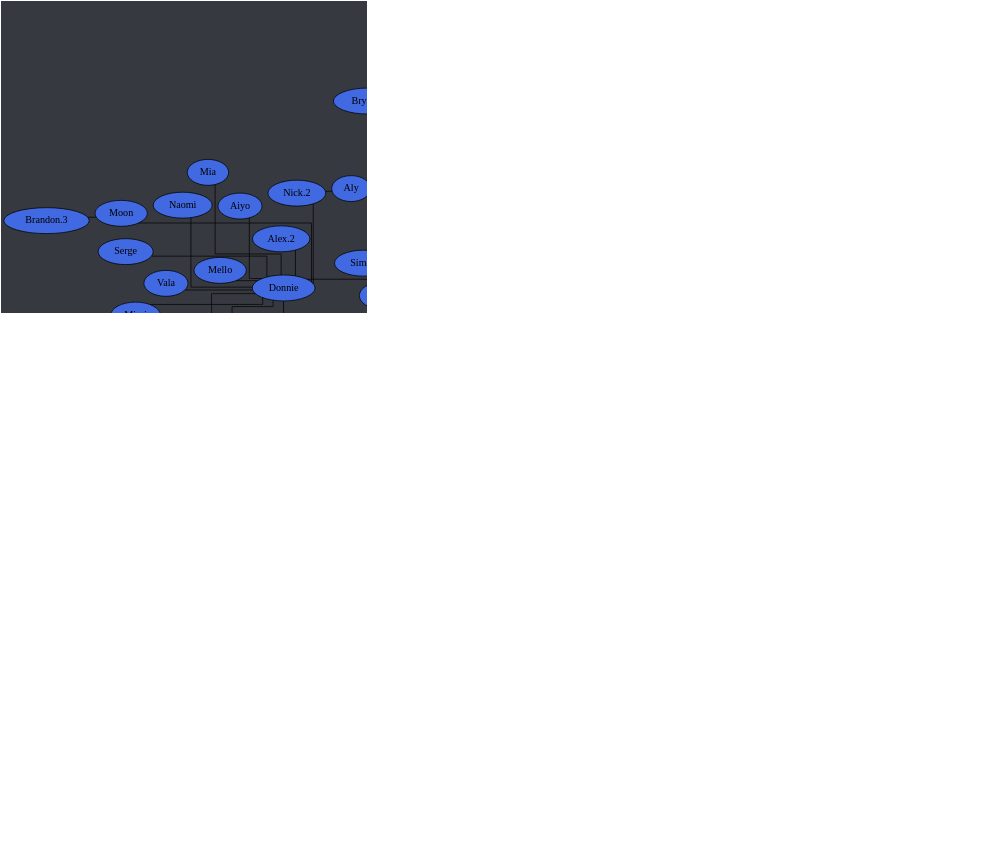
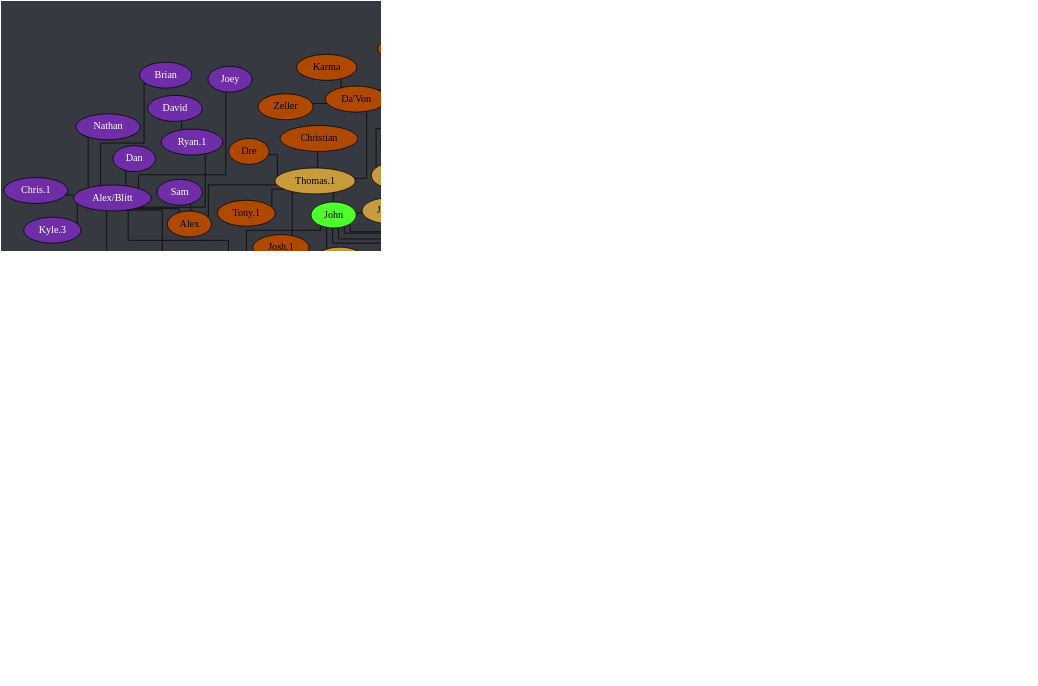
Before and after one commit to Documidas/CoronaCatzFamilyTree: the diagram in tree.dot, drawn with Graphviz. The commit also changed 1 other file, not shown here.

Commit message:
Add Saphir

```diff
--- a/tree.dot
+++ b/tree.dot
@@ -1,190 +1,191 @@
 strict graph {
 	// Layout Configuration
 	layout = neato;
 	dpi = 200;
 	epsilon = 0.01;
 	mode = major;
 	model = subset;
 	overlap = false;
 	splines = ortho;
 	start = rand;
 
 	// Visual Configuration
 	graph [ truecolor=true bgcolor="#36393f" ];
 	node [ style=filled fillcolor="gray" fontcolor="black" ];
 
 	subgraph "Joel" {
 		node [ style=filled fillcolor="firebrick4" fontcolor="white" ];
 		Joel [ style=filled fillcolor="gold" fontcolor="black" ];
 
 		Cayla -- Ali;
 		Cayla -- Jake;
 		Cayla -- Jonathan;
 		Cayla -- "Nick.1";
 		Cayla -- Ranger;
 		Cayla -- Ross;
 		Joel -- Anders;
 		Joel -- Austin;
 		Joel -- Cayla;
 		Joel -- Jared;
 		Joel -- Patrick;
 		Joel -- Steven;
 		Joel -- Zachry;
 		Zachry -- Syd;
 	}
 
 	subgraph "Anders" {
 		node [ style=filled fillcolor="green4" fontcolor="white" ];
 		// Anders [ style=filled fillcolor="green4" fontcolor="white" ];
 
 		Anders -- Chiara;
 		Anders -- "Cody.1";
 		Anders -- Cole;
 		Anders -- Daniel;
 		Anders -- Derek;
 		Anders -- DJ;
 		Anders -- Jen;
 		Anders -- "Matt.2";
 		Anders -- Solis;
 		Anders -- Wyatt;
 		Anders -- Viwat;
 		Anders -- "Zach.0";
 		Anders -- Zack;
 	}
 
 	subgraph "Jared" {
 		node [ style=filled fillcolor="royalblue" fontcolor="black" ];
 		// Jared [ style=filled fillcolor="royalblue" fontcolor="black" ];
 
 		Aly -- "Nick.2";
 		America -- "Kat.2";
 		Brandi -- Justine;
 		"Bryan.1" -- "Brandon.2";
 		"Bryan.1" -- "Cody.2";
 		"Bryan.1" -- Lori;
 		"Bryan.1" -- "Matt.3";
 		"Bryan.1" -- Nebtune;
 		Donnie -- Aiyo;
 		Donnie -- "Alex.2";
 		Donnie -- Aresty;
 		Donnie -- "Bryan.1";
 		Donnie -- Hua;
 		Donnie -- Mello;
 		Donnie -- Mia;
 		Donnie -- Mimi;
 		Donnie -- Moon;
 		Donnie -- "Nick.2";
 		Donnie -- Naomi;
 		Donnie -- Serge;
+		Donnie -- Saphir;
 		Donnie -- Vala;
 		Gaby -- "Chris.2";
 		Lori -- "Brandon.1";
 		Jared -- Alexander;
 		Jared -- Ben;
 		Jared -- Brandi;
 		Jared -- "Carter-1.0";
 		Jared -- Chad;
 		Jared -- Dave;
 		Jared -- Donnie;
 		Jared -- Em;
 		Jared -- Fabi;
 		Jared -- Frank;
 		Jared -- Hannah;
 		Jared -- "John Boi";
 		Jared -- "Josh.2";
 		Jared -- Mason;
 		Jared -- "Matt.1";
 		Jared -- Mehmet;
 		Jared -- Nam;
 		Jared -- Pixie;
 		Jared -- Spencer;
 		Jared -- Steff;
 		Jared -- Tyler;
 		Jared -- "Zach/Laniakea";
 		Jared -- Zoe;
 		"John Boi" -- Hardie;
 		Mimi -- Hia;
 		Moon -- "Brandon.3";
 		Steff -- JC;
 		Tyler -- Aly;
 		Tyler -- "Alex.3";
 		Tyler -- America;
 		Tyler -- "Bryan.2";
 		Tyler -- Gaby;
 		Zoe -- Aiden;
 		Zoe -- Simon;
 	}
 
 	subgraph "Zach/Laniakea" {
 		node [ style=filled fillcolor="#4eff2c" fontcolor="black" ];
 		// "Zach/Laniakea" [ style=filled fillcolor="#4eff2c" fontcolor="black" ];
 
 		"Caio.2" -- "Kyle.1";
 		"Caio.2" -- Lucas;
 		"Ryan/Des" -- Marcus;
 		"Zach/Laniakea" -- "Caio.2";
 		"Zach/Laniakea" -- John;
 		"Zach/Laniakea" -- "Logan.1";
 		"Zach/Laniakea" -- Kevin;
 		"Zach/Laniakea" -- Kody;
 		"Zach/Laniakea" -- "Kyle.0";
 		"Zach/Laniakea" -- Mike;
 		"Zach/Laniakea" -- "Ryan/Des";
 		"Zach/Laniakea" -- "Ryan/Winters";
 		"Ryan/Winters" -- "Zach.1";
 	}
 
 	subgraph "John" {
 		node [ style=filled fillcolor="#c89b3c" fontcolor="black" ];
 		// John [ style=filled fillcolor="#c89b3c" fontcolor="black" ];
 
 		"Logan.2" -- Tommy;
 		Jay -- "Logan.2";
 		John -- Anna;
 		John -- Emily;
 		John -- Haber;
 		John -- Jay;
 		John -- "Jack.1";
 		John -- Lara;
 		John -- "Thomas.1";
 	}
 
 	subgraph "Thomas.1" {
 		node [ style=filled fillcolor="#b04900" fontcolor="black" ];
 		// "Thomas.1" [ style=filled fillcolor="#b04900" fontcolor="black" ];
 
 		"Da'Von" -- Dalton;
 		"Da'Von" -- Jon;
 		"Da'Von" -- Karma;
 		"Da'Von" -- Zeller;
 		Dalton -- "Carter.2";
 		"Thomas.1" -- Alex;
 		"Thomas.1" -- Christian;
 		"Thomas.1" -- "Da'Von";
 		"Thomas.1" -- Dre;
 		"Thomas.1" -- "Josh.1";
 		"Thomas.1" -- "Tony.1";
 	}
 
 	subgraph "Alex" {
 		node [ style=filled fillcolor="#6f2da8" fontcolor="white" ];
 		// Alex [ style=filled fillcolor="#6f2da8" fontcolor="black" ];
 
 		Alex -- "Alex/Blitt";
 		Alex -- Sam;
 		"Alex/Blitt" -- Brian;
 		"Alex/Blitt" -- "Chris.1";
 		"Alex/Blitt" -- Dan;
 		"Alex/Blitt" -- Gabriel;
 		"Alex/Blitt" -- Joey;
 		"Alex/Blitt" -- "Kyle.3";
 		"Alex/Blitt" -- Mikael;
 		"Alex/Blitt" -- Nathan;
 		"Alex/Blitt" -- Nolan;
 		"Alex/Blitt" -- "Ryan.1";
 		Gabriel -- Rin;
 		Gabriel -- "Ryan.2";
 		Rin -- Olivia;
 		"Ryan.1" -- David;
 	}
 }
```
